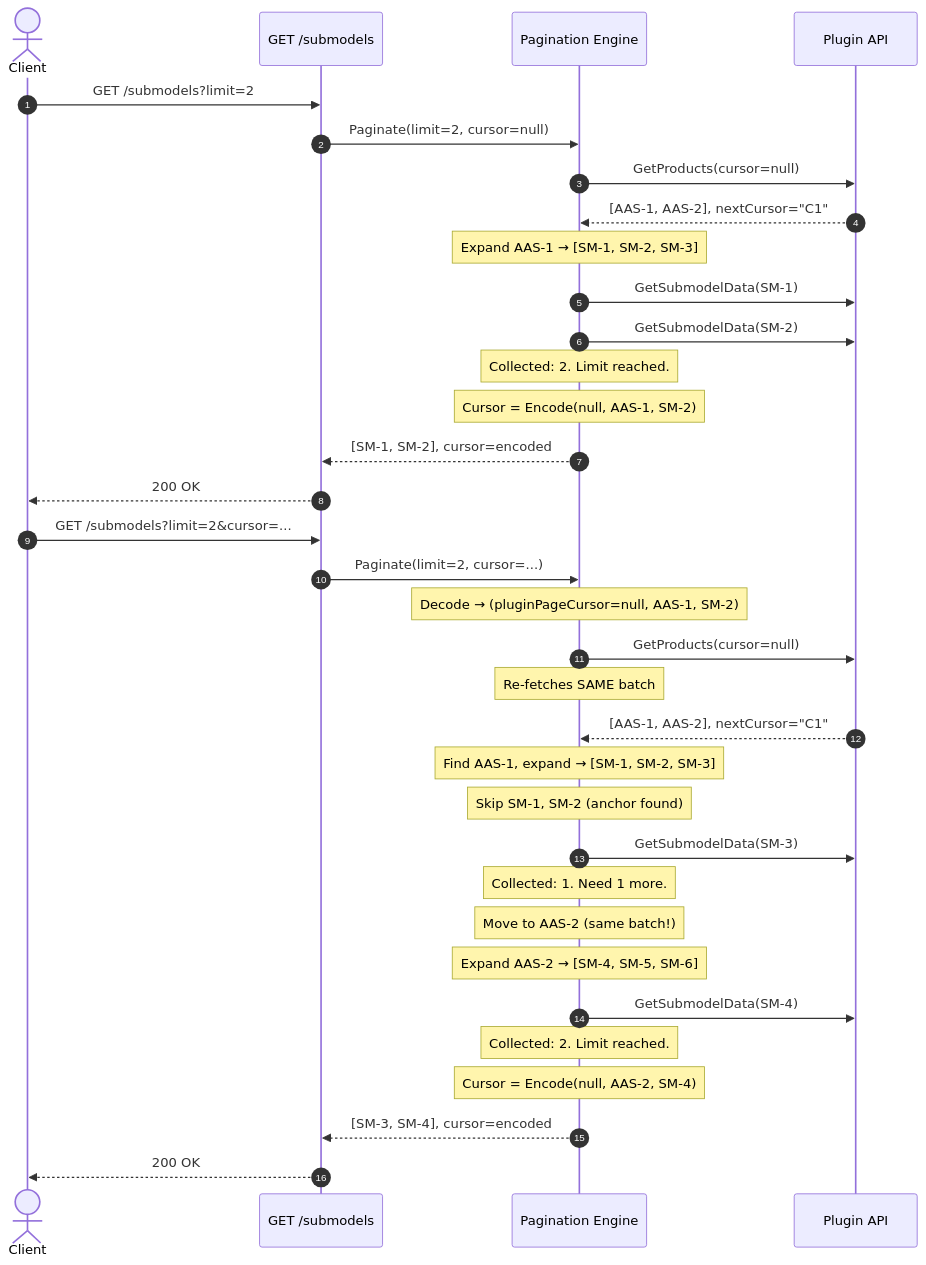
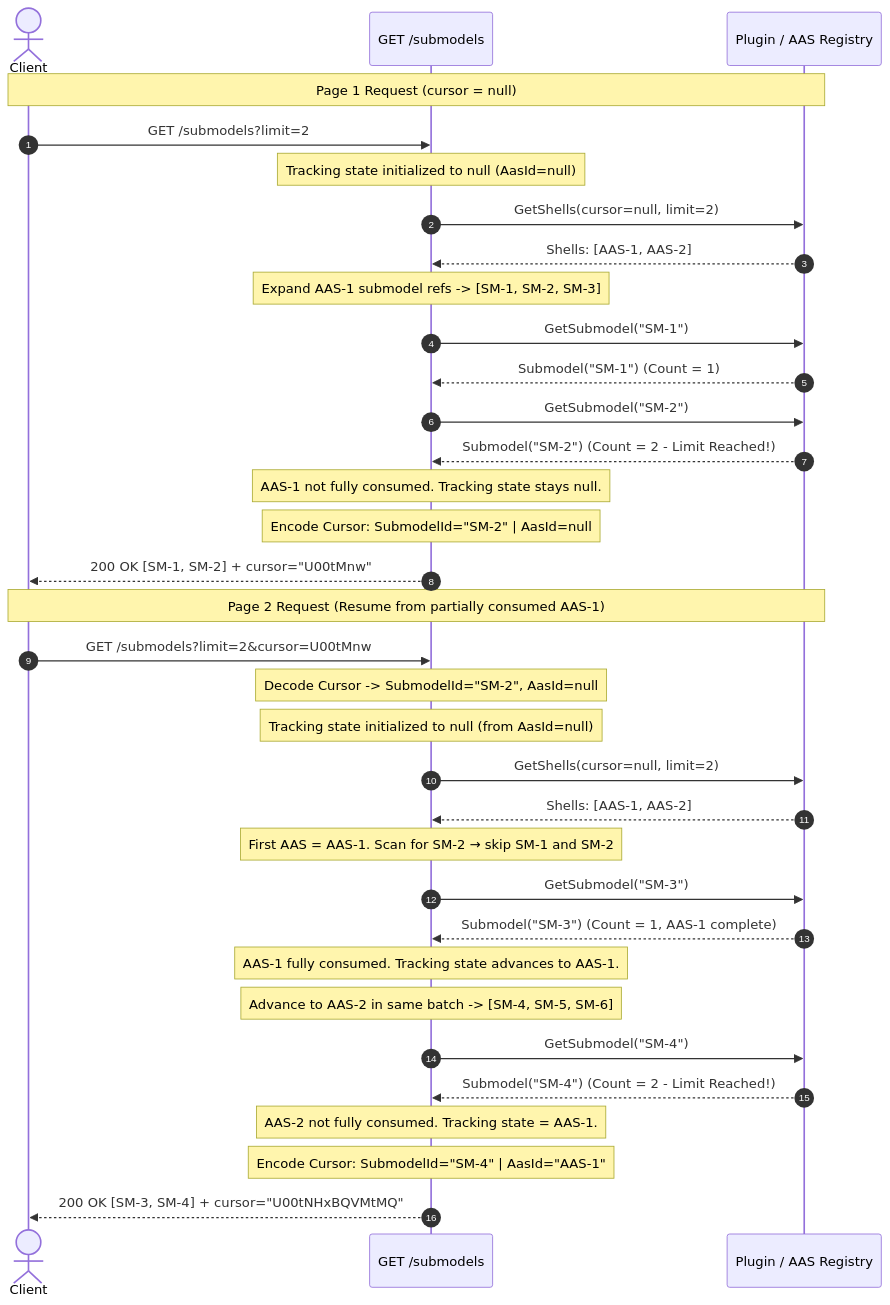
One commit to AAS-TwinEngine/AAS.TwinEngine.DataEngine changed the diagram in Submodel-Pagination-Cursor-Concept.md. Above: the diagram before and after it, drawn with Mermaid. The commit also changed other lines of this file, not shown here.

Commit message:
refactor: rewrite submodel pagination concept documentation to detail the two-field composite cursor design

````diff
--- a/Submodel-Pagination-Cursor-Concept.md
+++ b/Submodel-Pagination-Cursor-Concept.md
@@ -378,45 +163,46 @@
 ```mermaid
 sequenceDiagram
     autonumber
     actor Client
     participant API as GET /submodels
-    participant Engine as Pagination Engine
-    participant Plugin as Plugin API
+    participant Plugin as Plugin / AAS Registry
 
+    Note over Client,Plugin: Page 1 Request (cursor = null)
     Client->>API: GET /submodels?limit=2
-    API->>Engine: Paginate(limit=2, cursor=null)
 
-    Engine->>Plugin: GetProducts(cursor=null)
-    Plugin-->>Engine: [AAS-1, AAS-2], nextCursor="C1"
+    Note over API: Tracking state initialized to null (AasId=null)
+    API->>Plugin: GetShells(cursor=null, limit=2)
+    Plugin-->>API: Shells: [AAS-1, AAS-2]
 
-    Note over Engine: Expand AAS-1 → [SM-1, SM-2, SM-3]
-    Engine->>Plugin: GetSubmodelData(SM-1)
-    Engine->>Plugin: GetSubmodelData(SM-2)
-    Note over Engine: Collected: 2. Limit reached.
-    Note over Engine: Cursor = Encode(null, AAS-1, SM-2)
+    Note over API: Expand AAS-1 submodel refs -> [SM-1, SM-2, SM-3]
+    API->>Plugin: GetSubmodel("SM-1")
+    Plugin-->>API: Submodel("SM-1") (Count = 1)
 
-    Engine-->>API: [SM-1, SM-2], cursor=encoded
-    API-->>Client: 200 OK
+    API->>Plugin: GetSubmodel("SM-2")
+    Plugin-->>API: Submodel("SM-2") (Count = 2 - Limit Reached!)
 
-    Client->>API: GET /submodels?limit=2&cursor=...
-    API->>Engine: Paginate(limit=2, cursor=...)
+    Note over API: AAS-1 not fully consumed. Tracking state stays null.
+    Note over API: Encode Cursor: SubmodelId="SM-2" | AasId=null
+    API-->>Client: 200 OK [SM-1, SM-2] + cursor="U00tMnw"
 
-    Note over Engine: Decode → (pluginPageCursor=null, AAS-1, SM-2)
-    Engine->>Plugin: GetProducts(cursor=null)
-    Note over Engine: Re-fetches SAME batch
-    Plugin-->>Engine: [AAS-1, AAS-2], nextCursor="C1"
+    Note over Client,Plugin: Page 2 Request (Resume from partially consumed AAS-1)
+    Client->>API: GET /submodels?limit=2&cursor=U00tMnw
 
-    Note over Engine: Find AAS-1, expand → [SM-1, SM-2, SM-3]
-    Note over Engine: Skip SM-1, SM-2 (anchor found)
-    Engine->>Plugin: GetSubmodelData(SM-3)
-    Note over Engine: Collected: 1. Need 1 more.
+    Note over API: Decode Cursor -> SubmodelId="SM-2", AasId=null
+    Note over API: Tracking state initialized to null (from AasId=null)
+    API->>Plugin: GetShells(cursor=null, limit=2)
+    Plugin-->>API: Shells: [AAS-1, AAS-2]
 
-    Note over Engine: Move to AAS-2 (same batch!)
-    Note over Engine: Expand AAS-2 → [SM-4, SM-5, SM-6]
-    Engine->>Plugin: GetSubmodelData(SM-4)
-    Note over Engine: Collected: 2. Limit reached.
-    Note over Engine: Cursor = Encode(null, AAS-2, SM-4)
+    Note over API: First AAS = AAS-1. Scan for SM-2 → skip SM-1 and SM-2
+    API->>Plugin: GetSubmodel("SM-3")
+    Plugin-->>API: Submodel("SM-3") (Count = 1, AAS-1 complete)
 
-    Engine-->>API: [SM-3, SM-4], cursor=encoded
-    API-->>Client: 200 OK
+    Note over API: AAS-1 fully consumed. Tracking state advances to AAS-1.
+    Note over API: Advance to AAS-2 in same batch -> [SM-4, SM-5, SM-6]
+    API->>Plugin: GetSubmodel("SM-4")
+    Plugin-->>API: Submodel("SM-4") (Count = 2 - Limit Reached!)
+
+    Note over API: AAS-2 not fully consumed. Tracking state = AAS-1.
+    Note over API: Encode Cursor: SubmodelId="SM-4" | AasId="AAS-1"
+    API-->>Client: 200 OK [SM-3, SM-4] + cursor="U00tNHxBQVMtMQ"
 ```
````
